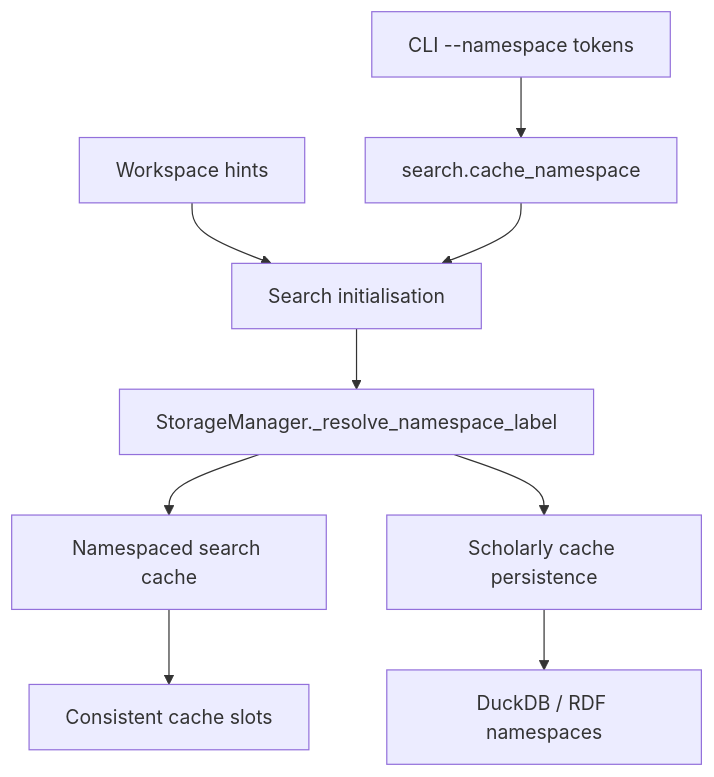
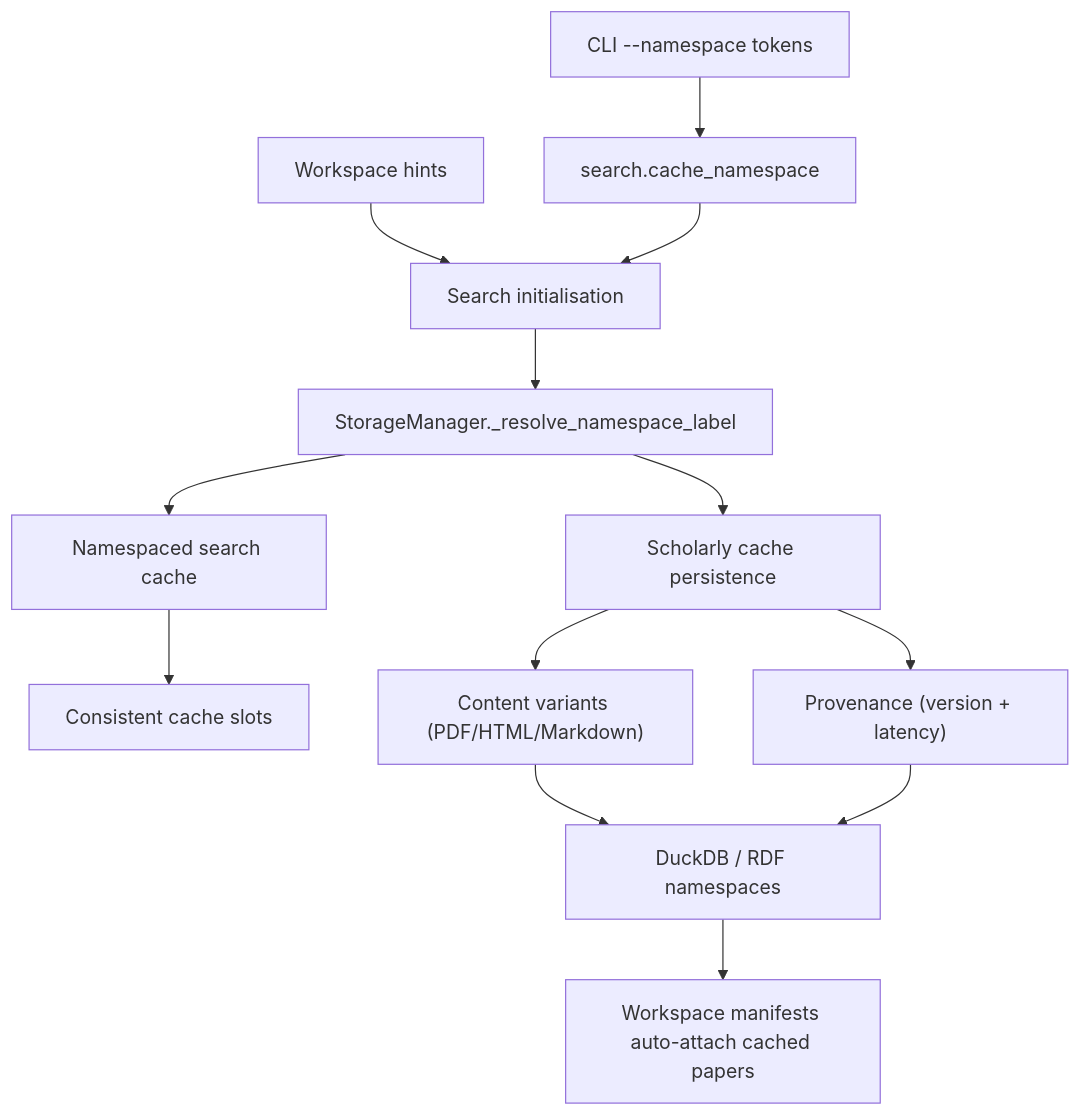
One commit to ravenoak/autoresearch changed the diagram in docs/diagrams/storage_namespace_flow.md. Above: the diagram before and after it, drawn with Mermaid. The commit also changed other lines of this file and 13 other files, not shown here.

````diff
--- a/docs/diagrams/storage_namespace_flow.md
+++ b/docs/diagrams/storage_namespace_flow.md
@@ -6,11 +7,15 @@
 ```mermaid
 flowchart TD
     cli["CLI --namespace tokens"] --> cfg["search.cache_namespace"]
     workspace["Workspace hints"] --> searchInit["Search initialisation"]
     cfg --> searchInit
     searchInit --> resolver["StorageManager._resolve_namespace_label"]
     resolver --> cacheView["Namespaced search cache"]
     resolver --> scholarly["Scholarly cache persistence"]
     cacheView --> reuse["Consistent cache slots"]
-    scholarly --> storage["DuckDB / RDF namespaces"]
+    scholarly --> variants["Content variants (PDF/HTML/Markdown)"]
+    scholarly --> provenance["Provenance (version + latency)"]
+    variants --> storage["DuckDB / RDF namespaces"]
+    provenance --> storage
+    storage --> manifests["Workspace manifests auto-attach cached papers"]
 ```
````
